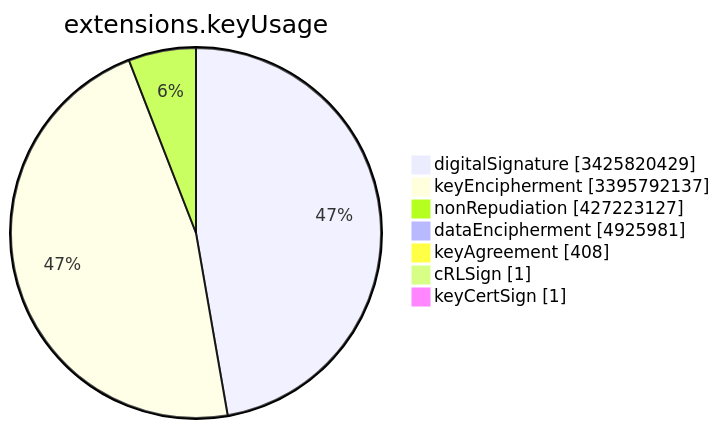
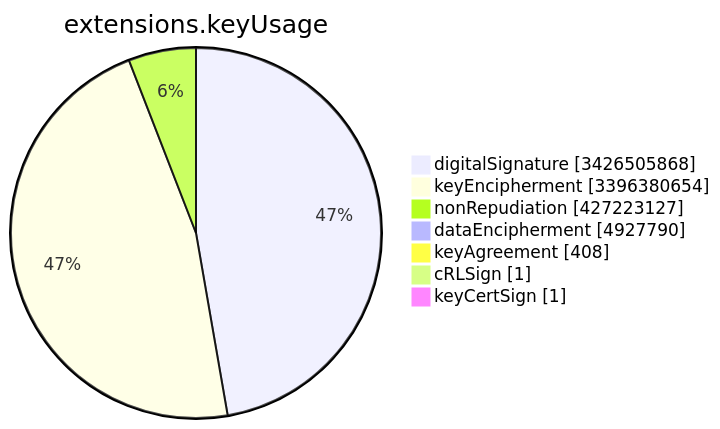
The sixth of 15 diagrams in TOTAL/README.md (christiankrug/ctmonitor_visualization), drawn with Mermaid before and after one commit. The commit also changed other lines of this file, not shown here.

````diff
--- a/TOTAL/README.md
+++ b/TOTAL/README.md
@@ -3081,11 +3081,11 @@
 ```mermaid
 pie showData
 title extensions.keyUsage
-"digitalSignature" :3425820429
-"keyEncipherment" :3395792137
+"digitalSignature" :3426505868
+"keyEncipherment" :3396380654
 "nonRepudiation" :427223127
-"dataEncipherment" :4925981
+"dataEncipherment" :4927790
 "keyAgreement" :408
 "cRLSign" :1
 "keyCertSign" :1
 ```
````
